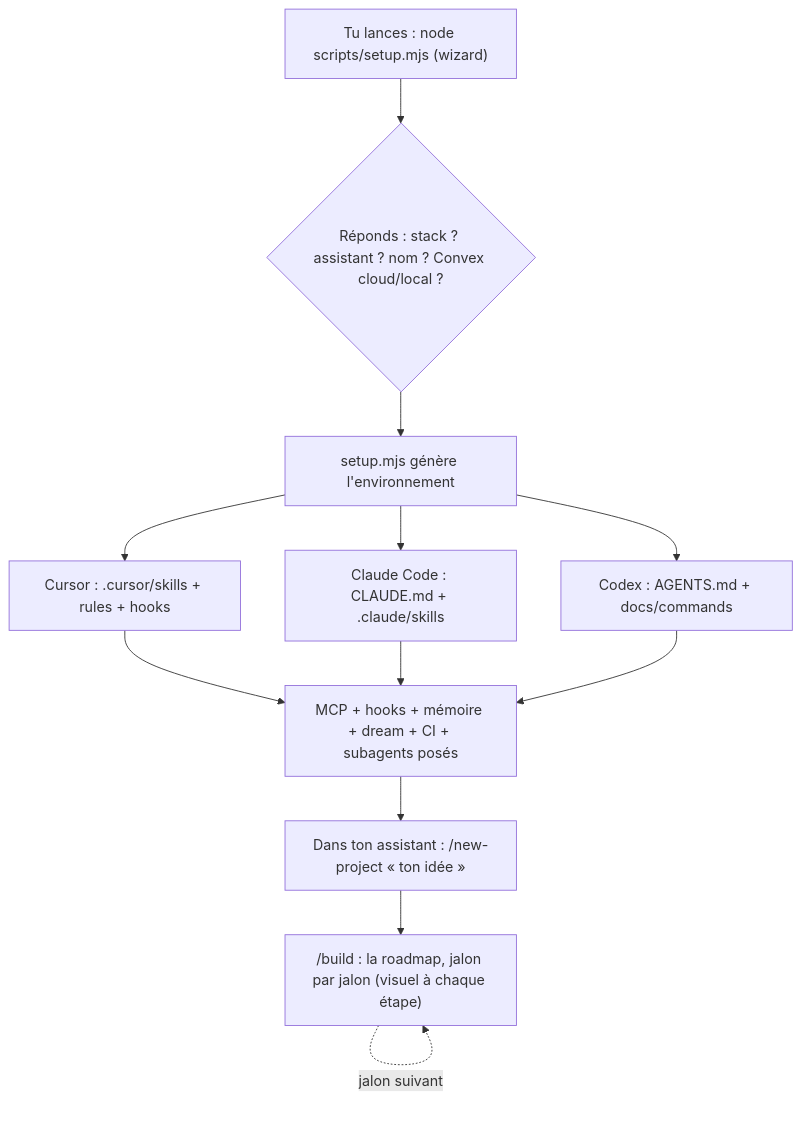
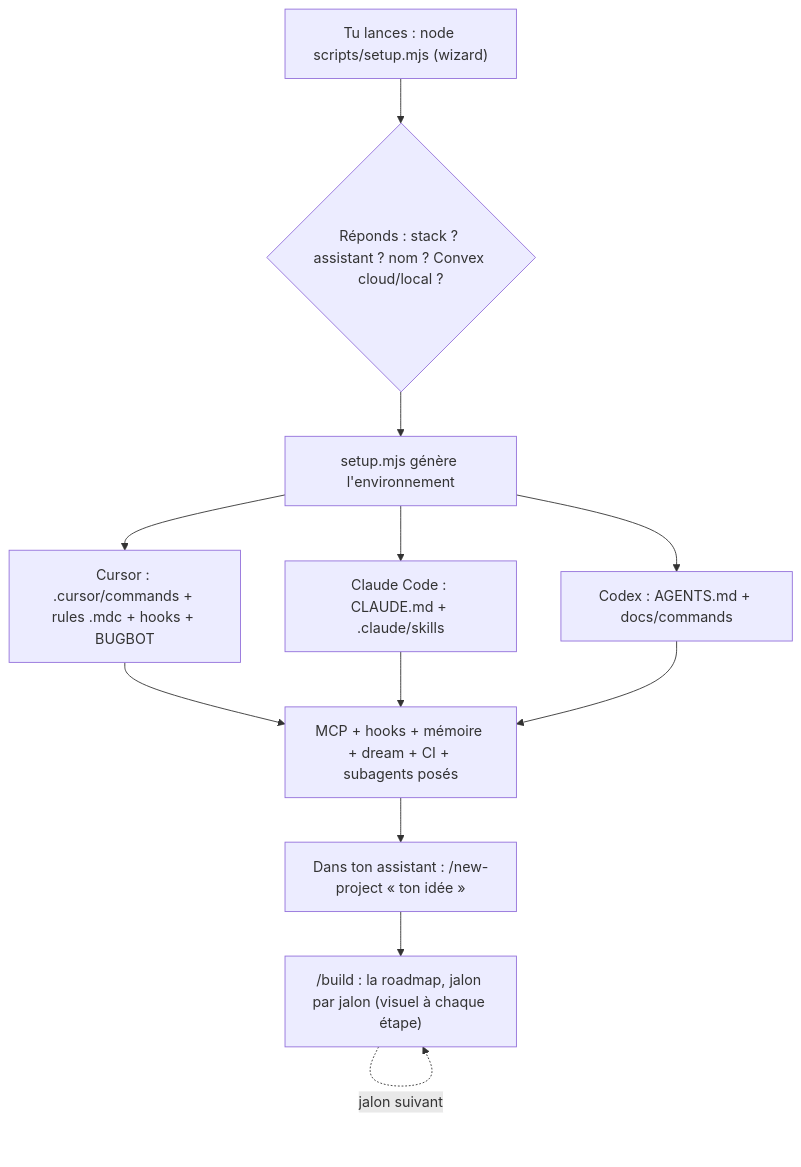
One commit to ohvignas/vibecoding-starter-kit changed the diagram in README.md. Above: the diagram before and after it, drawn with Mermaid. The commit also changed other lines of this file and 1 other file, not shown here.

First line of the commit message:
docs(cursor): fichiers générés (rules/hooks/BUGBOT/environment) + note Bugbot/create-rule/Memories

````diff
--- a/README.md
+++ b/README.md
@@ -92,14 +92,14 @@
 ```mermaid
 flowchart TD
     A["Tu lances : node scripts/setup.mjs (wizard)"] --> C{"Réponds : stack ? assistant ? nom ? Convex cloud/local ?"}
     C --> D["setup.mjs génère l'environnement"]
-    D --> E1["Cursor : .cursor/skills + rules + hooks"]
+    D --> E1["Cursor : .cursor/commands + rules .mdc + hooks + BUGBOT"]
     D --> E2["Claude Code : CLAUDE.md + .claude/skills"]
     D --> E3["Codex : AGENTS.md + docs/commands"]
     E1 --> F["MCP + hooks + mémoire + dream + CI + subagents posés"]
     E2 --> F
     E3 --> F
     F --> G["Dans ton assistant : /new-project « ton idée »"]
     G --> H["/build : la roadmap, jalon par jalon (visuel à chaque étape)"]
     H -.->|jalon suivant| H
 ```
````
